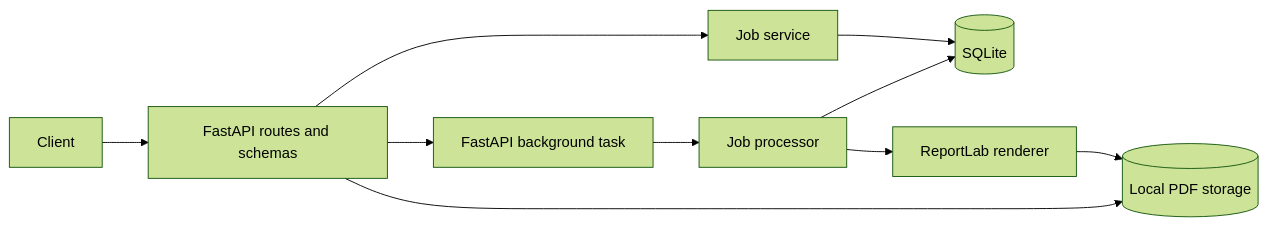
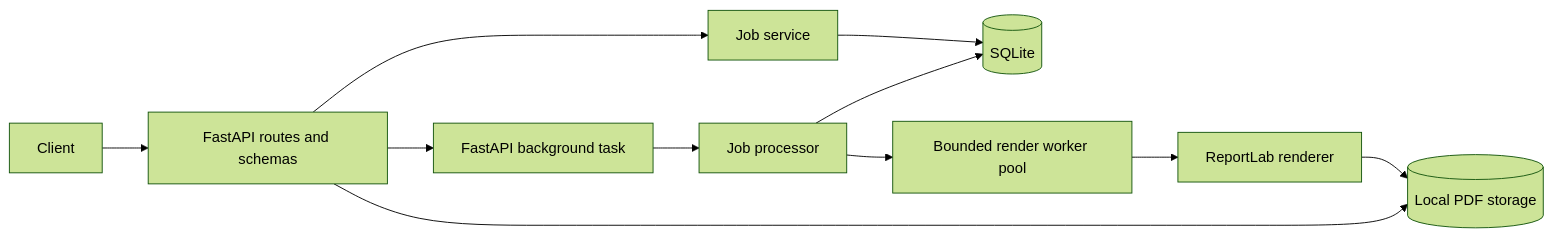
One commit to shrikrushna007/bulk-certificate-generator-api changed the diagram in README.md. Above: the diagram before and after it, drawn with Mermaid (forest theme). The commit also changed other lines of this file and 15 other files, not shown here.

````diff
--- a/README.md
+++ b/README.md
@@ -32,12 +32,13 @@
 ```mermaid
 flowchart LR
     Client --> API[FastAPI routes and schemas]
     API --> Jobs[Job service]
     Jobs --> DB[(SQLite)]
     API --> Background[FastAPI background task]
     Background --> Processor[Job processor]
-    Processor --> Renderer[ReportLab renderer]
+    Processor --> Pool[Bounded render worker pool]
+    Pool --> Renderer[ReportLab renderer]
     Processor --> DB
     Renderer --> Storage[(Local PDF storage)]
     API --> Storage
 ```
````
